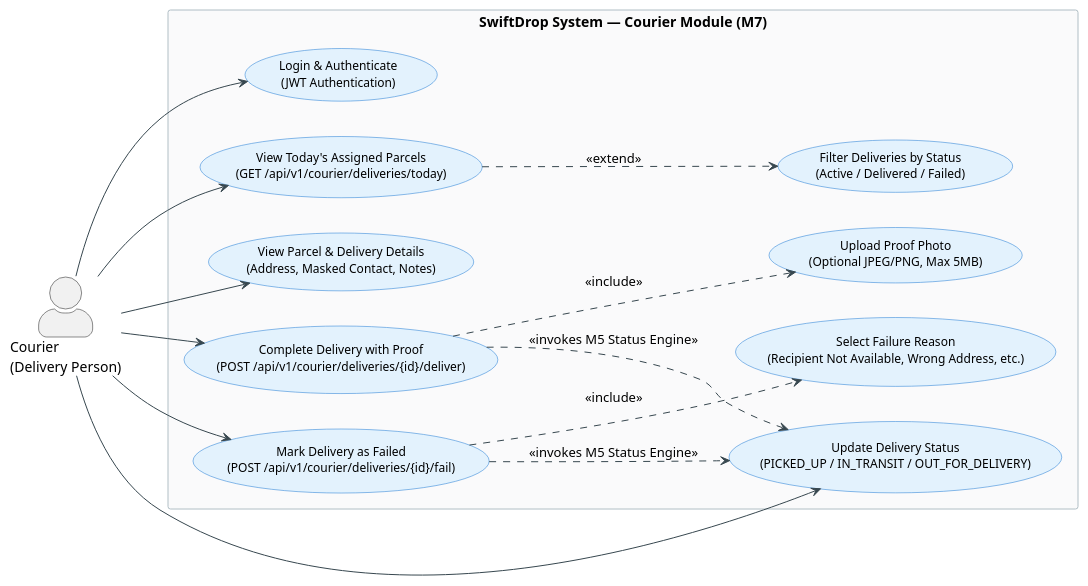
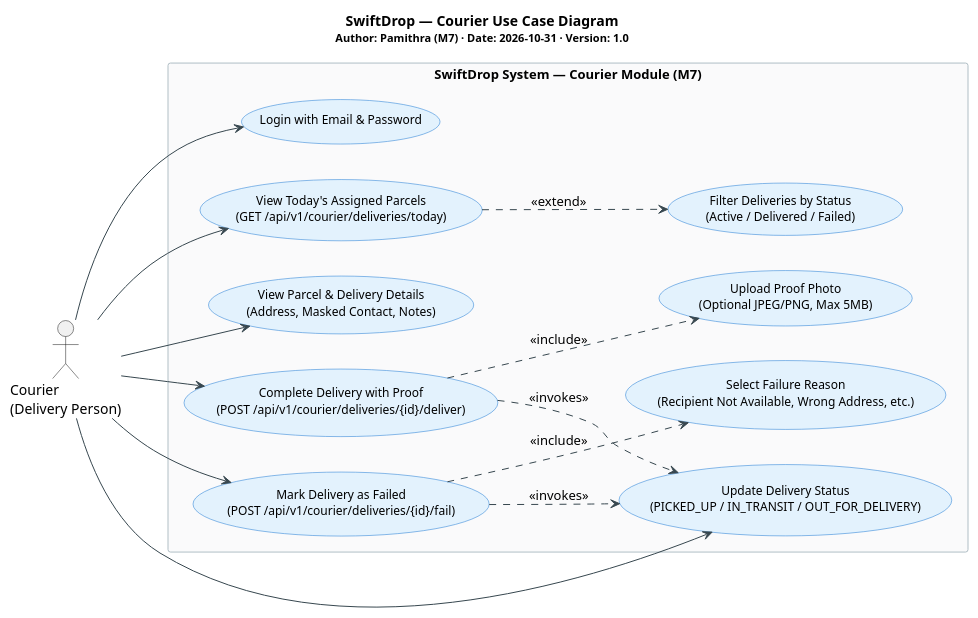
Before and after one commit to snimashi20/swiftdrop: the diagram in docs/diagrams/courier_use_case.puml, drawn with PlantUML. The commit also changed 6 other files, not shown here.

Commit message:
Add extra authorization tests, date filter, and sequence diagrams

```diff
--- a/docs/diagrams/courier_use_case.puml
+++ b/docs/diagrams/courier_use_case.puml
@@ -1,50 +1,51 @@
 @startuml courier_use_case
+title SwiftDrop — Courier Use Case Diagram\n<size:11>Author: Pamithra (M7) · Date: 2026-10-31 · Version: 1.0</size>
+
 left to right direction
 skinparam packageStyle rectangle
 skinparam shadowing false
-skinparam actorStyle awesome
 skinparam defaultFontName "Segoe UI", Arial, sans-serif
 
 skinparam rectangle {
     BackgroundColor #FAFAFB
     BorderColor #B0BEC5
-    FontSize 14
+    FontSize 13
 }
 
 skinparam usecase {
     BackgroundColor #E3F2FD
     BorderColor #1976D2
     FontSize 12
     ArrowColor #37474F
 }
 
 actor "Courier\n(Delivery Person)" as Courier
 
 rectangle "SwiftDrop System — Courier Module (M7)" {
-    usecase "Login & Authenticate\n(JWT Authentication)" as UC_Login
+    usecase "Login with Email & Password" as UC_Login
     usecase "View Today's Assigned Parcels\n(GET /api/v1/courier/deliveries/today)" as UC_ViewToday
     usecase "Filter Deliveries by Status\n(Active / Delivered / Failed)" as UC_Filter
     usecase "View Parcel & Delivery Details\n(Address, Masked Contact, Notes)" as UC_ViewDetail
     usecase "Update Delivery Status\n(PICKED_UP / IN_TRANSIT / OUT_FOR_DELIVERY)" as UC_UpdateStatus
     usecase "Complete Delivery with Proof\n(POST /api/v1/courier/deliveries/{id}/deliver)" as UC_Deliver
     usecase "Upload Proof Photo\n(Optional JPEG/PNG, Max 5MB)" as UC_UploadPhoto
     usecase "Mark Delivery as Failed\n(POST /api/v1/courier/deliveries/{id}/fail)" as UC_Fail
     usecase "Select Failure Reason\n(Recipient Not Available, Wrong Address, etc.)" as UC_SelectReason
 }
 
-' Primary Actor associations
+' Courier Associations
 Courier --> UC_Login
 Courier --> UC_ViewToday
 Courier --> UC_ViewDetail
 Courier --> UC_UpdateStatus
 Courier --> UC_Deliver
 Courier --> UC_Fail
 
-' Relationships between use cases
+' Relationships
 UC_ViewToday ..> UC_Filter : <<extend>>
 UC_Deliver ..> UC_UploadPhoto : <<include>>
-UC_Deliver ..> UC_UpdateStatus : <<invokes M5 Status Engine>>
+UC_Deliver ..> UC_UpdateStatus : <<invokes>>
 UC_Fail ..> UC_SelectReason : <<include>>
-UC_Fail ..> UC_UpdateStatus : <<invokes M5 Status Engine>>
+UC_Fail ..> UC_UpdateStatus : <<invokes>>
 
 @enduml
```
